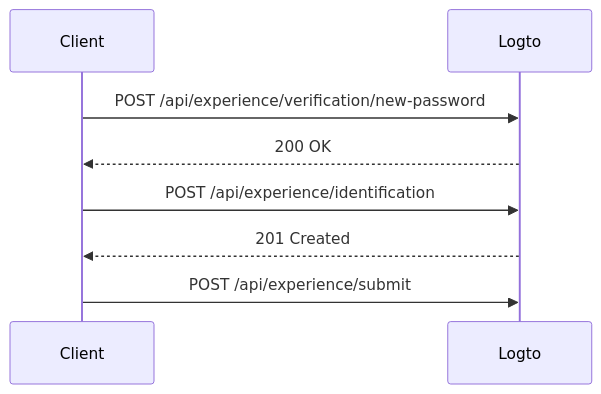
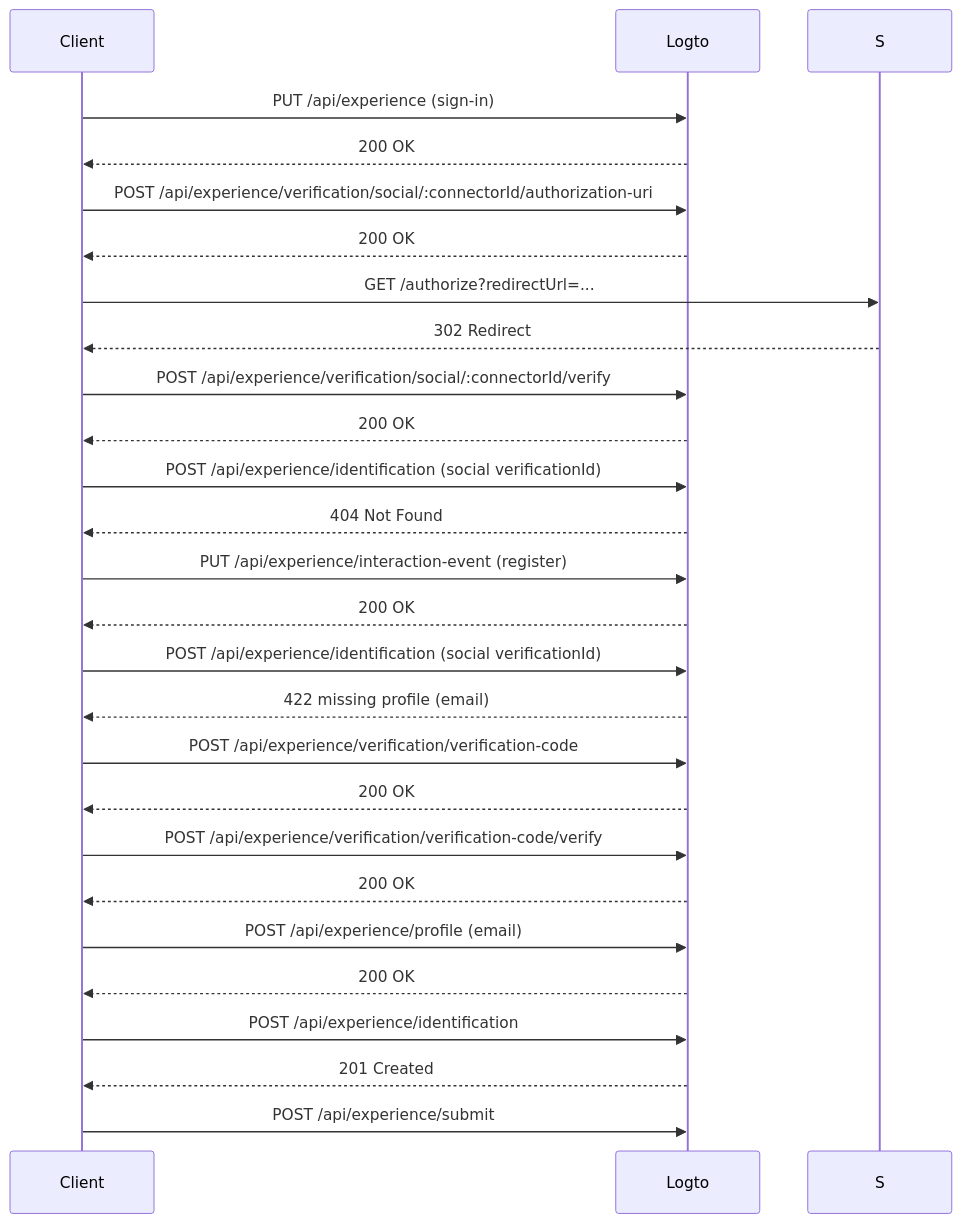
Before and after one commit to logto-io/rfcs: diagram 15 of 22 in draft/0004-experience-api.md, drawn with Mermaid. The commit also changed other lines of this file, not shown here.

First line of the commit message:
refactor: update experience API rfc

````diff
--- a/draft/0004-experience-api.md
+++ b/draft/0004-experience-api.md
@@ -817,11 +865,29 @@
 ```mermaid
 sequenceDiagram
     participant C as Client
     participant L as Logto
 
-    C->>L: POST /api/experience/verification/new-password
+    C->>L: PUT /api/experience (sign-in)
+    L-->>C: 200 OK
+    C->>L: POST /api/experience/verification/social/:connectorId/authorization-uri
+    L-->>C: 200 OK
+    C->>S: GET /authorize?redirectUrl=...
+    S-->>C: 302 Redirect
+    C->>L: POST /api/experience/verification/social/:connectorId/verify
+    L-->>C: 200 OK
+    C->>L: POST /api/experience/identification (social verificationId)
+    L-->>C: 404 Not Found
+    C->>L: PUT /api/experience/interaction-event (register)
+    L-->>C: 200 OK
+    C->>L: POST /api/experience/identification (social verificationId)
+    L-->>C: 422 missing profile (email)
+    C->>L: POST /api/experience/verification/verification-code
+    L-->>C: 200 OK
+    C->>L: POST /api/experience/verification/verification-code/verify
+    L-->>C: 200 OK
+    C->>L: POST /api/experience/profile (email)
     L-->>C: 200 OK
     C->>L: POST /api/experience/identification
     L-->>C: 201 Created
     C->>L: POST /api/experience/submit
 ```
````
